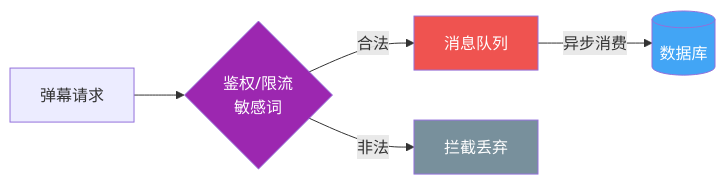
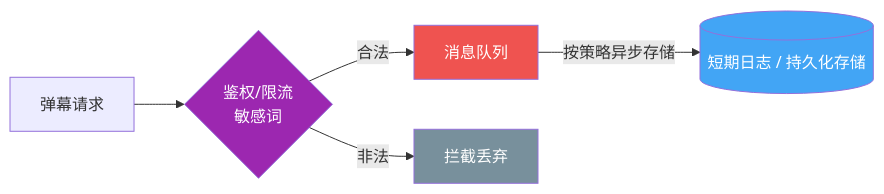
Before and after one commit to weng235/weng235.github.io: the second of 5 diagrams in _posts/2026-06-30-十万级直播间弹幕系统设计.md, drawn with Mermaid. The commit also changed other lines of this file and 4 other files, not shown here.

````diff
--- a/_posts/2026-06-30-十万级直播间弹幕系统设计.md
+++ b/_posts/2026-06-30-十万级直播间弹幕系统设计.md
@@ -85,12 +85,12 @@
 ```mermaid
 graph LR
     Req[弹幕请求] --> Auth{鉴权/限流<br/>敏感词}
     Auth -->|合法| MQ[消息队列]
     Auth -->|非法| Block[拦截丢弃]
-    MQ -->|异步消费| DB[(数据库)]
+    MQ -->|按策略异步存储| Store[(短期日志 / 持久化存储)]
 
     style Auth fill:#9C27B0,color:#fff
     style MQ fill:#EF5350,color:#fff
     style Block fill:#78909C,color:#fff
-    style DB fill:#42A5F5,color:#fff
+    style Store fill:#42A5F5,color:#fff
 ```
````
